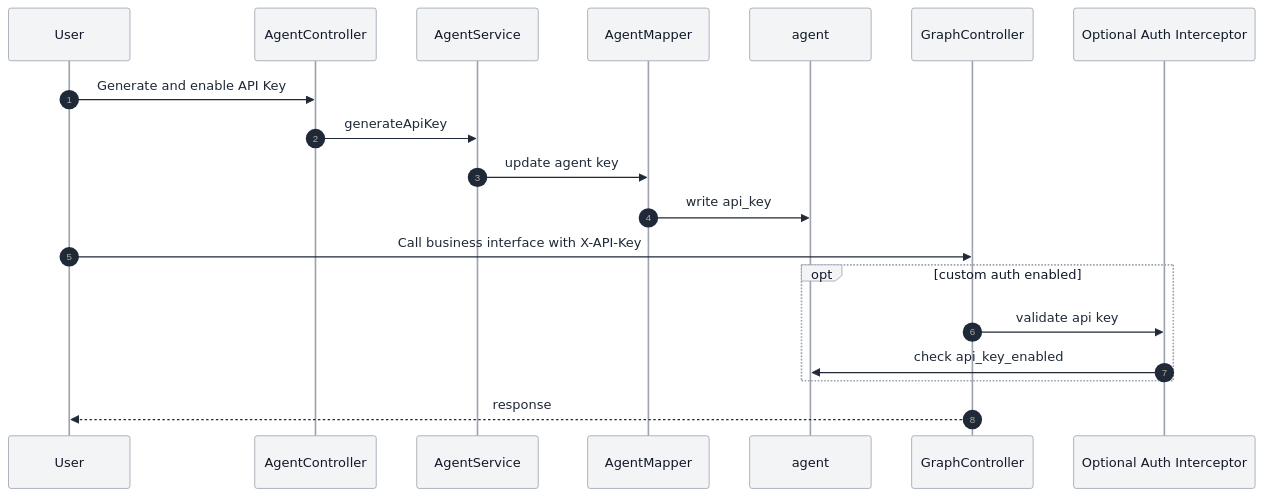
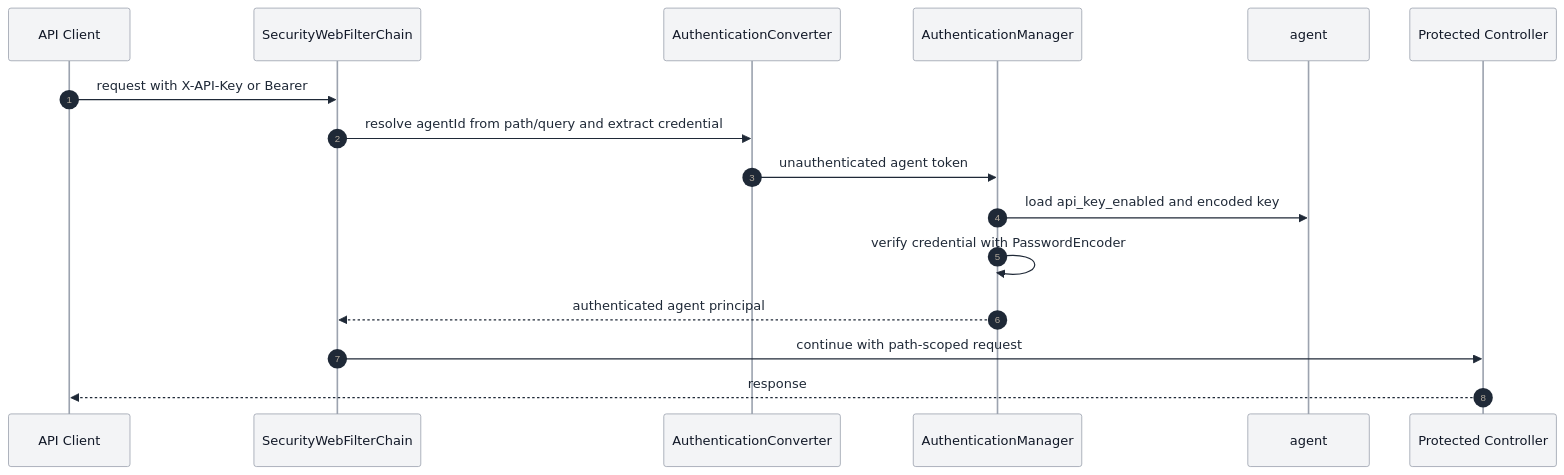
One commit to spring-ai-alibaba/DataAgent changed diagram 16 of 18 in docs/ARCHITECTURE-en.md. Above: the diagram before and after it, drawn with Mermaid. The commit also changed other lines of this file and 7 other files, not shown here.

Commit message:
docs: correct memory API and authentication contract

````diff
--- a/docs/ARCHITECTURE-en.md
+++ b/docs/ARCHITECTURE-en.md
@@ -654,23 +676,20 @@
 ```mermaid
 %%{init: {"theme": "base", "themeVariables": {"primaryColor": "#E3F2FD", "primaryBorderColor": "#1E88E5", "primaryTextColor": "#1F2937", "lineColor": "#4B5563", "secondaryColor": "#E8F5E9", "tertiaryColor": "#FFF1D6", "actorBkg": "#F3F4F6", "actorBorder": "#9CA3AF", "actorTextColor": "#111827", "noteBkgColor": "#FFF8E1", "noteTextColor": "#1F2937"}}}%%
 sequenceDiagram
   autonumber
-  participant U as User
-  participant API as AgentController
-  participant S as AgentService
-  participant M as AgentMapper
+  participant C as API Client
+  participant SEC as SecurityWebFilterChain
+  participant CONV as AuthenticationConverter
+  participant AUTH as AuthenticationManager
   participant DB as agent
-  participant G as GraphController
-  participant Auth as Optional Auth Interceptor
+  participant API as Protected Controller
 
-  U->>API: Generate and enable API Key
-  API->>S: generateApiKey
-  S->>M: update agent key
-  M->>DB: write api_key
-  U->>G: Call business interface with X-API-Key
-  opt custom auth enabled
-    G->>Auth: validate api key
-    Auth->>DB: check api_key_enabled
-  end
-  G-->>U: response
+  C->>SEC: request with X-API-Key or Bearer
+  SEC->>CONV: resolve agentId from path/query and extract credential
+  CONV->>AUTH: unauthenticated agent token
+  AUTH->>DB: load api_key_enabled and encoded key
+  AUTH->>AUTH: verify credential with PasswordEncoder
+  AUTH-->>SEC: authenticated agent principal
+  SEC->>API: continue with path-scoped request
+  API-->>C: response
 ```
````
